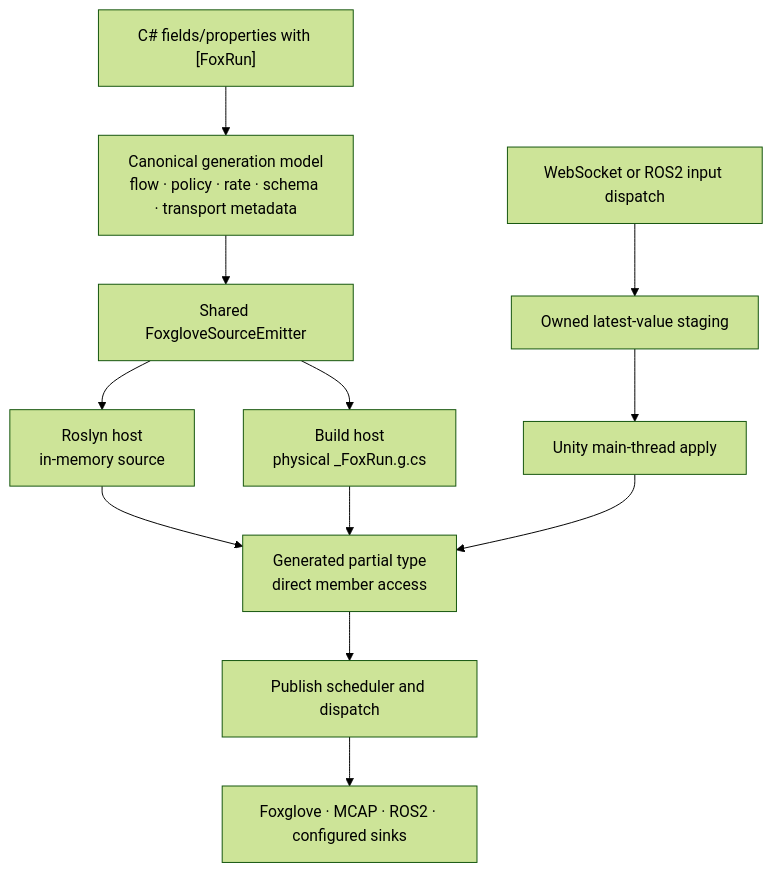
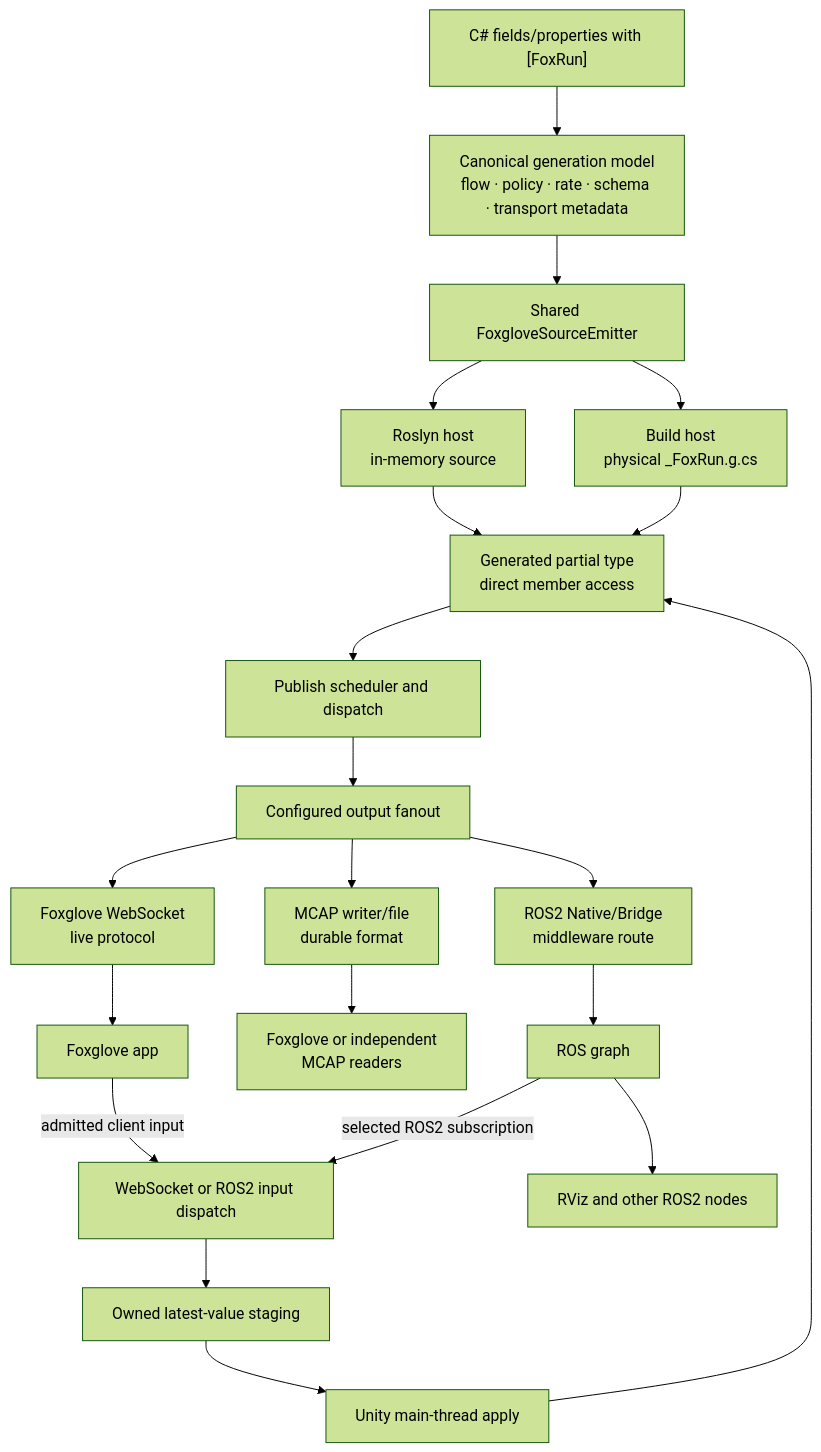
The first of 2 diagrams in docs/research-shared-emitter-architecture.md (JianbinLiu-CFLab/unity-foxglove-sdk), drawn with Mermaid (forest theme) before and after one commit. The commit also changed other lines of this file and 1 other file, not shown here.

````diff
--- a/docs/research-shared-emitter-architecture.md
+++ b/docs/research-shared-emitter-architecture.md
@@ -96,20 +110,32 @@
 ```mermaid
 flowchart TB
   Source["C# fields/properties with [FoxRun]"]
   Resolve["Canonical generation model<br/>flow · policy · rate · schema · transport metadata"]
   Emitter["Shared FoxgloveSourceEmitter"]
   Roslyn["Roslyn host<br/>in-memory source"]
   Physical["Build host<br/>physical _FoxRun.g.cs"]
   Generated["Generated partial type<br/>direct member access"]
   Output["Publish scheduler and dispatch"]
   Inputs["WebSocket or ROS2 input dispatch"]
   Stage["Owned latest-value staging"]
   Main["Unity main-thread apply"]
-  Sinks["Foxglove · MCAP · ROS2 · configured sinks"]
+  Fanout["Configured output fanout"]
+  FoxWs["Foxglove WebSocket<br/>live protocol"]
+  Mcap["MCAP writer/file<br/>durable format"]
+  Ros2["ROS2 Native/Bridge<br/>middleware route"]
+  Foxglove["Foxglove app"]
+  McapReaders["Foxglove or independent<br/>MCAP readers"]
+  RosGraph["ROS graph"]
+  Rviz["RViz and other ROS2 nodes"]
 
   Source --> Resolve --> Emitter
   Emitter --> Roslyn --> Generated
   Emitter --> Physical --> Generated
-  Generated --> Output --> Sinks
+  Generated --> Output --> Fanout
+  Fanout --> FoxWs --> Foxglove
+  Fanout --> Mcap --> McapReaders
+  Fanout --> Ros2 --> RosGraph --> Rviz
+  Foxglove -->|"admitted client input"| Inputs
+  RosGraph -->|"selected ROS2 subscription"| Inputs
   Inputs --> Stage --> Main --> Generated
 ```
````
